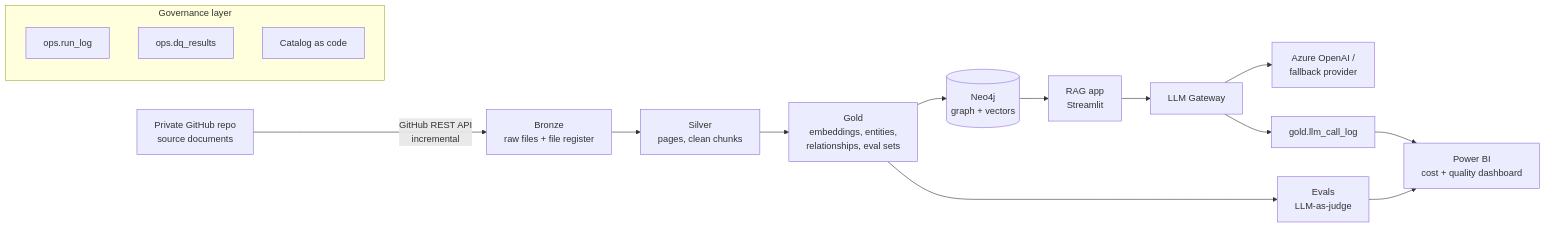
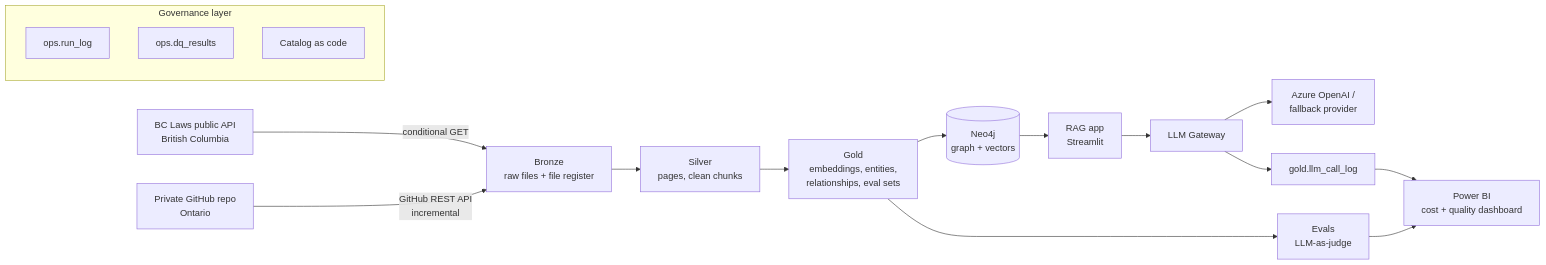
The diagram in README.md (sharmagaurav5892-svg/care-reg-platform), drawn with Mermaid before and after one commit. The commit also changed other lines of this file and 21 other files, not shown here.

First line of the commit message:
Step 2b: add BC Laws public API, make bronze connector-neutral

````diff
--- a/README.md
+++ b/README.md
@@ -24,19 +29,20 @@
 ```mermaid
 flowchart LR
-    A[Private GitHub repo<br/>source documents] -->|GitHub REST API<br/>incremental| B[Bronze<br/>raw files + file register]
+    A1[BC Laws public API<br/>British Columbia] -->|conditional GET| B[Bronze<br/>raw files + file register]
+    A[Private GitHub repo<br/>Ontario] -->|GitHub REST API<br/>incremental| B
     B --> C[Silver<br/>pages, clean chunks]
     C --> D[Gold<br/>embeddings, entities,<br/>relationships, eval sets]
     D --> E[(Neo4j<br/>graph + vectors)]
     E --> F[RAG app<br/>Streamlit]
     F --> G[LLM Gateway]
     G --> H[Azure OpenAI /<br/>fallback provider]
     G --> I[gold.llm_call_log]
     D --> J[Evals<br/>LLM-as-judge]
     I --> K[Power BI<br/>cost + quality dashboard]
     J --> K
     subgraph OPS[Governance layer]
       L[ops.run_log]
       M[ops.dq_results]
       N[Catalog as code]
     end
 ```
````
